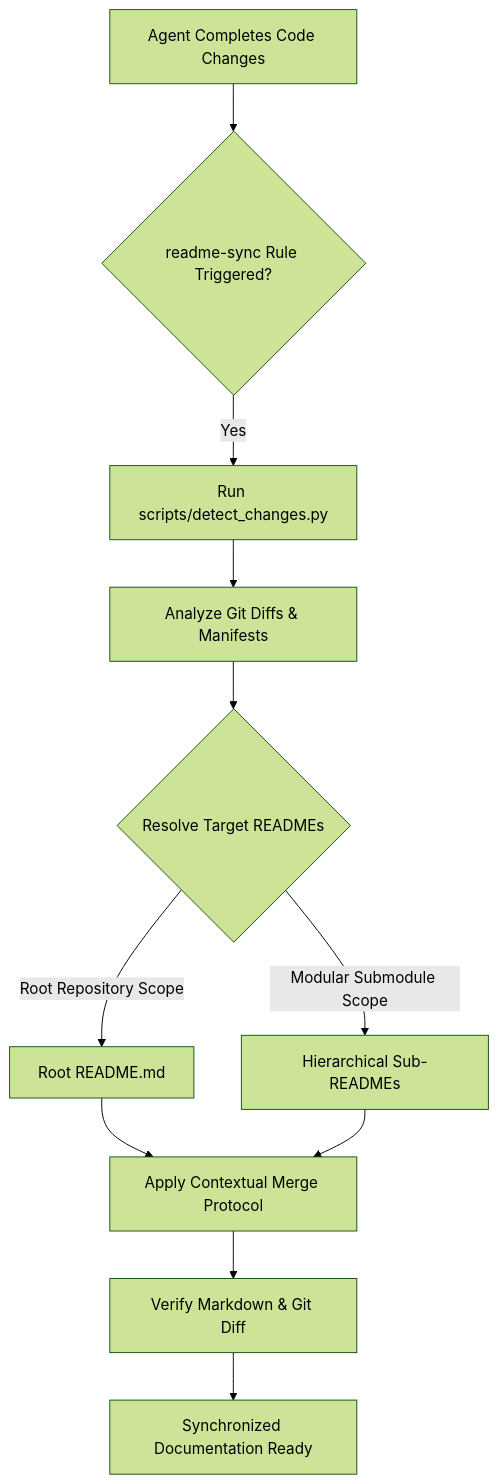
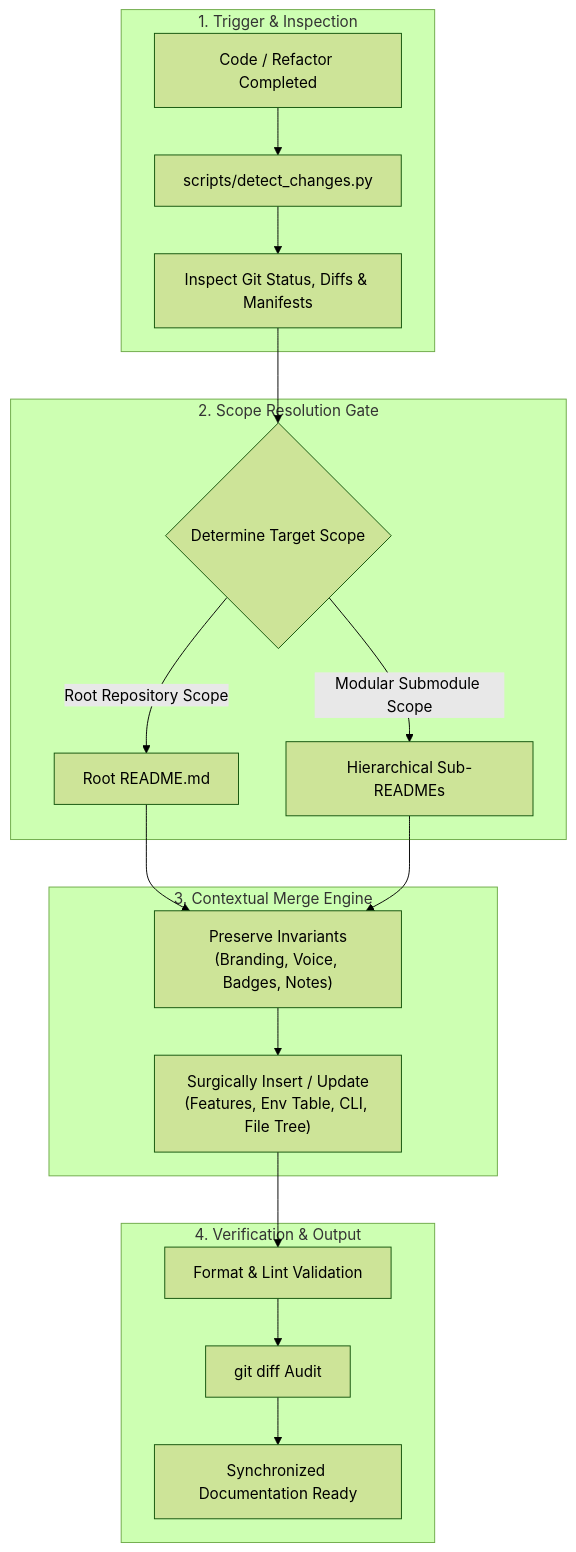
The diagram in skills/readme-r/README.md (kemaltombul/git-release-toolkit), drawn with Mermaid (forest theme) before and after one commit. The commit also changed other lines of this file and 4 other files, not shown here.

````diff
--- a/skills/readme-r/README.md
+++ b/skills/readme-r/README.md
@@ -47,13 +51,25 @@
 ```mermaid
-graph TD
-    A["Agent Completes Code Changes"] --> B{"readme-sync Rule Triggered?"}
-    B -->|Yes| C["Run scripts/detect_changes.py"]
-    C --> D["Analyze Git Diffs & Manifests"]
-    D --> E{"Resolve Target READMEs"}
-    E -->|Root Repository Scope| F["Root README.md"]
-    E -->|Modular Submodule Scope| G["Hierarchical Sub-READMEs"]
-    F --> H["Apply Contextual Merge Protocol"]
-    G --> H
-    H --> I["Verify Markdown & Git Diff"]
-    I --> J["Synchronized Documentation Ready"]
+flowchart TD
+    subgraph Phase1["1. Trigger & Inspection"]
+        A["Code / Refactor Completed"] --> B["scripts/detect_changes.py"]
+        B --> C["Inspect Git Status, Diffs & Manifests"]
+    end
+
+    subgraph Phase2["2. Scope Resolution Gate"]
+        C --> D{"Determine Target Scope"}
+        D -->|Root Repository Scope| E["Root README.md"]
+        D -->|Modular Submodule Scope| F["Hierarchical Sub-READMEs"]
+    end
+
+    subgraph Phase3["3. Contextual Merge Engine"]
+        E --> G["Preserve Invariants\n(Branding, Voice, Badges, Notes)"]
+        F --> G
+        G --> H["Surgically Insert / Update\n(Features, Env Table, CLI, File Tree)"]
+    end
+
+    subgraph Phase4["4. Verification & Output"]
+        H --> I["Format & Lint Validation"]
+        I --> J["git diff Audit"]
+        J --> K["Synchronized Documentation Ready"]
+    end
 ```
````
